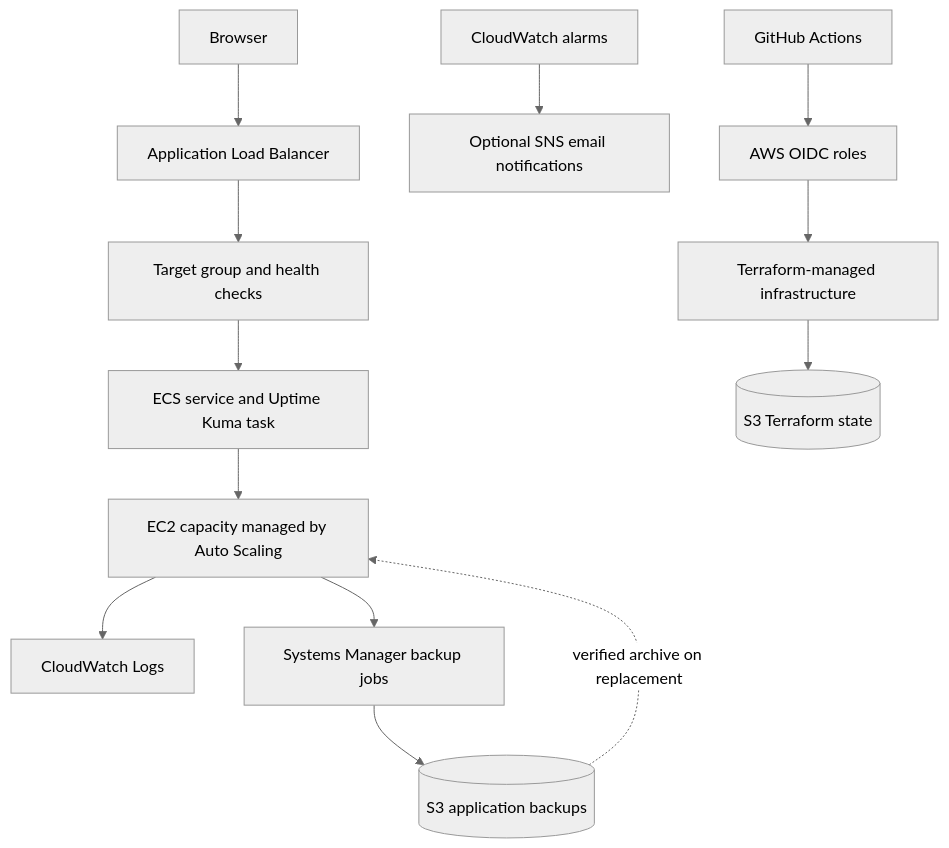
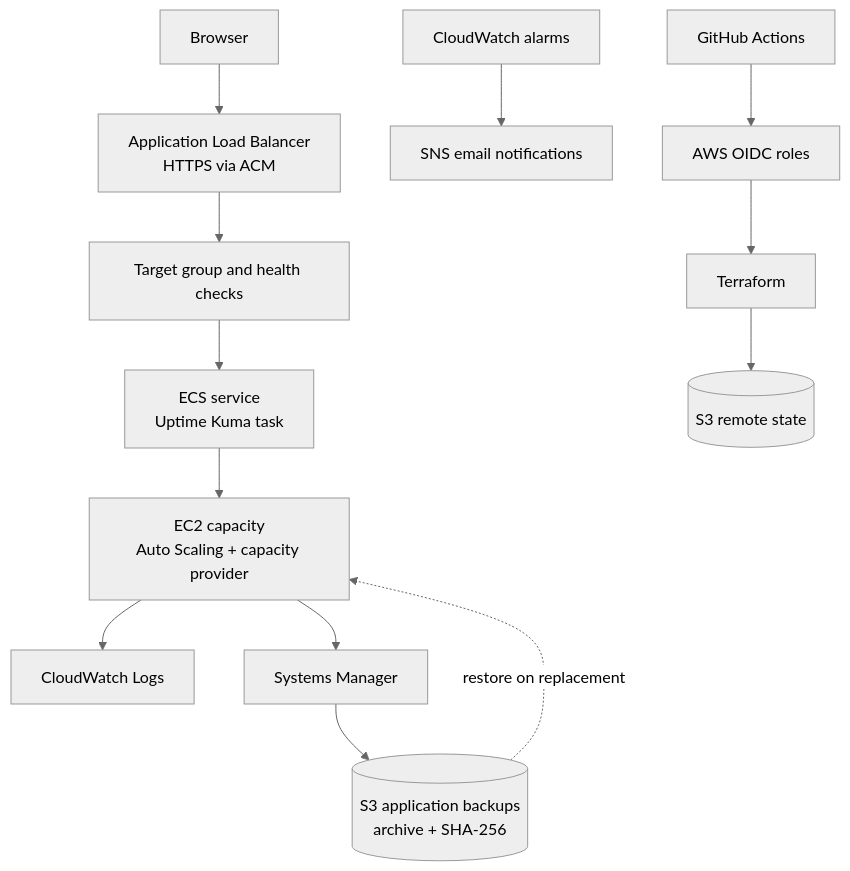
The diagram in README.md (Pedro-Martins9/uptimekuma-aws-deployment), drawn with Mermaid (neutral theme) before and after one commit. The commit also changed other lines of this file, not shown here.

````diff
--- a/README.md
+++ b/README.md
@@ -23,17 +16,15 @@
-~~~mermaid
+```mermaid
 flowchart TB
-    Browser[Browser] --> ALB[Application Load Balancer]
+    Browser[Browser] --> ALB[Application Load Balancer<br/>HTTPS via ACM]
     ALB --> TG[Target group and health checks]
-    TG --> Service[ECS service and Uptime Kuma task]
-    Service --> EC2[EC2 capacity managed by Auto Scaling]
+    TG --> ECS[ECS service<br/>Uptime Kuma task]
+    ECS --> EC2[EC2 capacity<br/>Auto Scaling + capacity provider]
     EC2 --> Logs[CloudWatch Logs]
-    EC2 --> SSM[Systems Manager backup jobs]
-    SSM --> Backup[(S3 application backups)]
-    Backup -. verified archive on replacement .-> EC2
-
-    Alarms[CloudWatch alarms] --> SNS[Optional SNS email notifications]
-
+    EC2 --> SSM[Systems Manager]
+    SSM --> Backup[(S3 application backups<br/>archive + SHA-256)]
+    Backup -. restore on replacement .-> EC2
+    Alarms[CloudWatch alarms] --> SNS[SNS email notifications]
     GitHub[GitHub Actions] --> OIDC[AWS OIDC roles]
-    OIDC --> TF[Terraform-managed infrastructure]
-    TF --> State[(S3 Terraform state)]
-~~~
+    OIDC --> TF[Terraform]
+    TF --> State[(S3 remote state)]
+```
````
